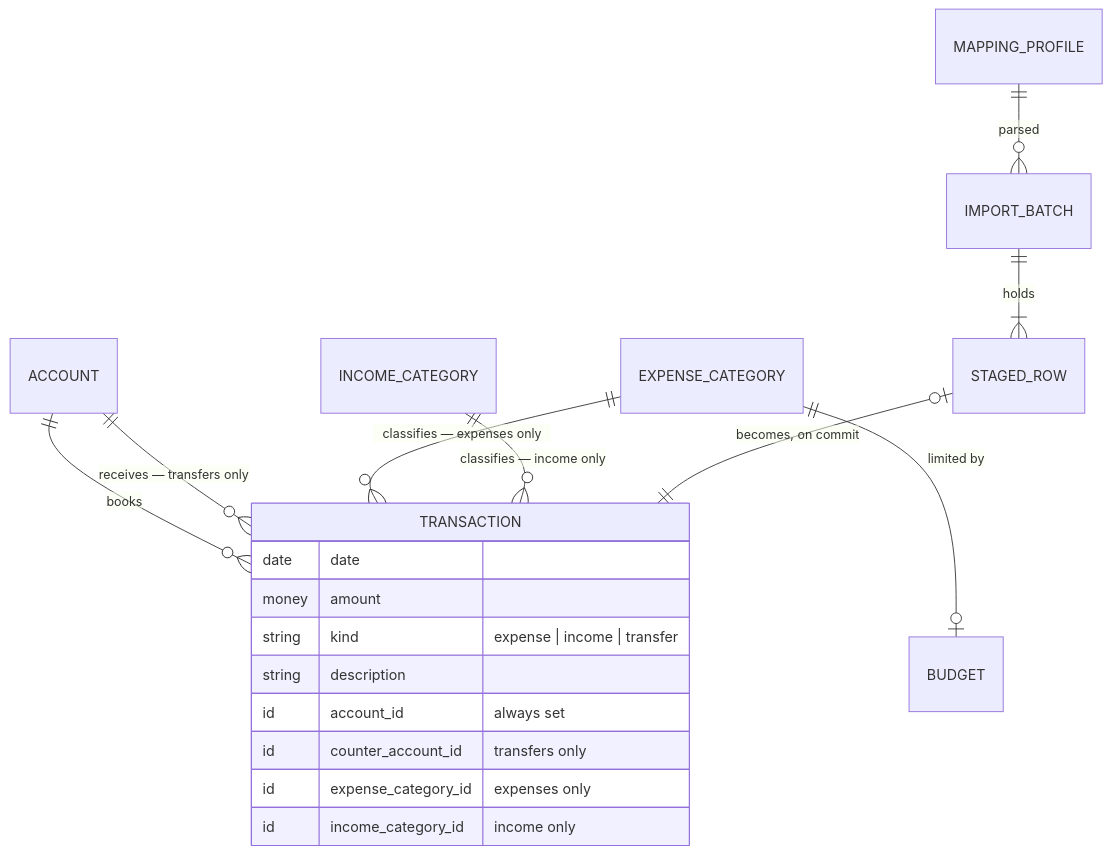
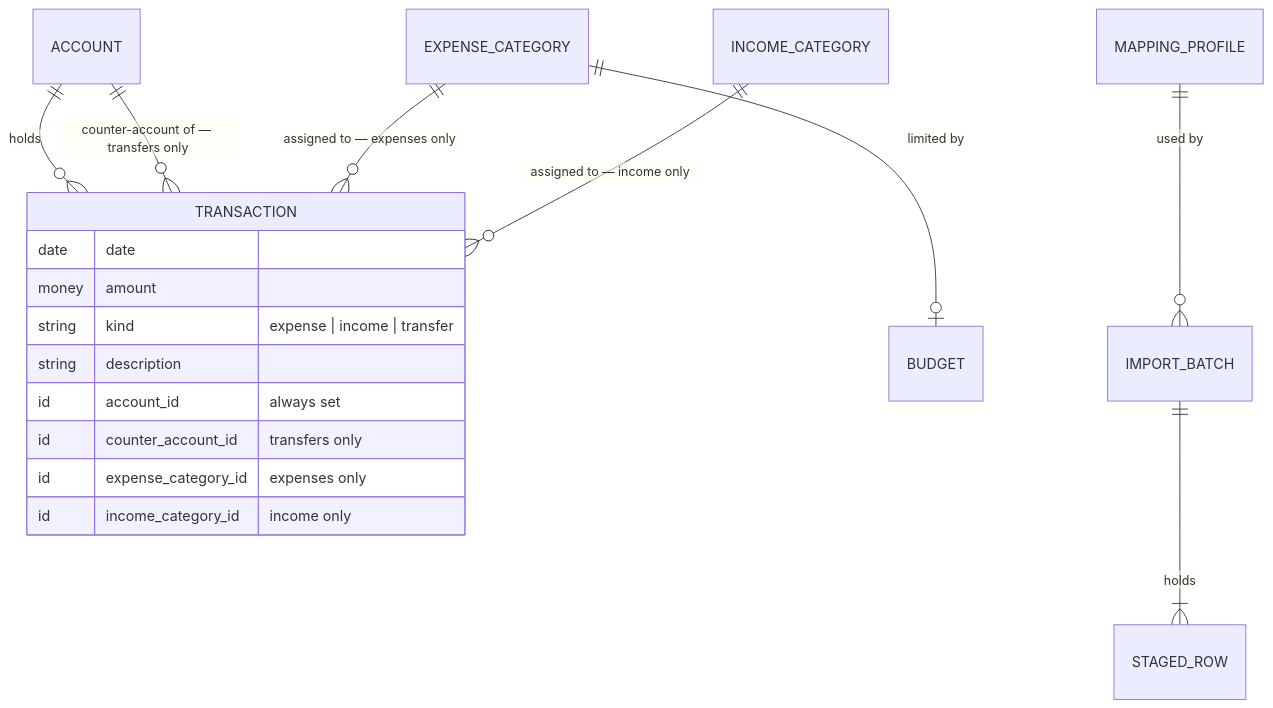
The second of 4 diagrams in architecture.md (stolle42/financialCopilot), drawn with Mermaid before and after one commit. The commit also changed other lines of this file, not shown here.

````diff
--- a/architecture.md
+++ b/architecture.md
@@ -74,22 +78,21 @@
 ```mermaid
 erDiagram
     TRANSACTION {
         date date
         money amount
         string kind "expense | income | transfer"
         string description
         id account_id "always set"
         id counter_account_id "transfers only"
         id expense_category_id "expenses only"
         id income_category_id "income only"
     }
 
-    ACCOUNT ||--o{ TRANSACTION : "books"
-    ACCOUNT ||--o{ TRANSACTION : "receives — transfers only"
-    EXPENSE_CATEGORY ||--o{ TRANSACTION : "classifies — expenses only"
-    INCOME_CATEGORY ||--o{ TRANSACTION : "classifies — income only"
+    ACCOUNT ||--o{ TRANSACTION : "holds"
+    ACCOUNT ||--o{ TRANSACTION : "counter-account of — transfers only"
+    EXPENSE_CATEGORY ||--o{ TRANSACTION : "assigned to — expenses only"
+    INCOME_CATEGORY ||--o{ TRANSACTION : "assigned to — income only"
     EXPENSE_CATEGORY ||--o| BUDGET : "limited by"
-    MAPPING_PROFILE ||--o{ IMPORT_BATCH : "parsed"
+    MAPPING_PROFILE ||--o{ IMPORT_BATCH : "used by"
     IMPORT_BATCH ||--|{ STAGED_ROW : "holds"
-    STAGED_ROW |o--|| TRANSACTION : "becomes, on commit"
 ```
````
